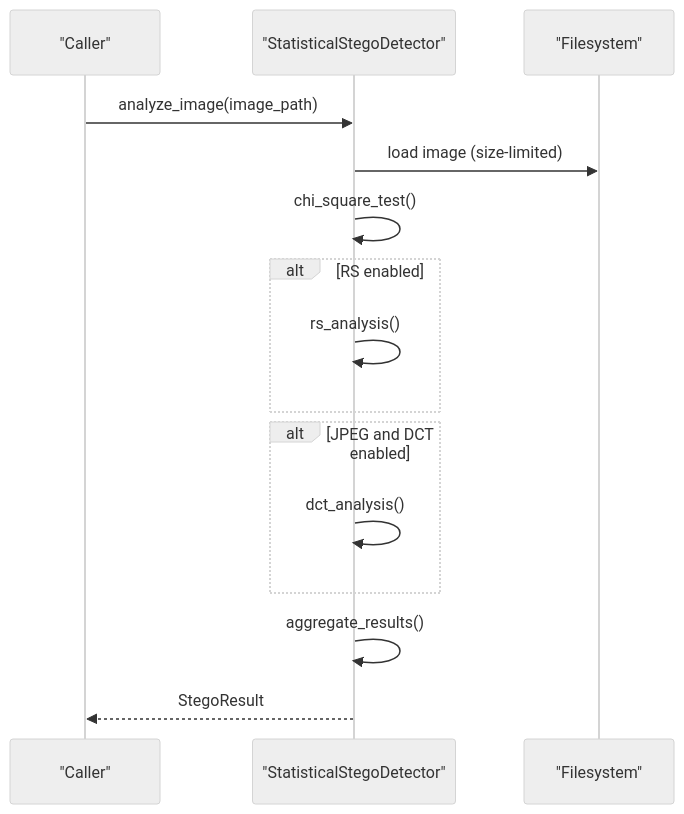
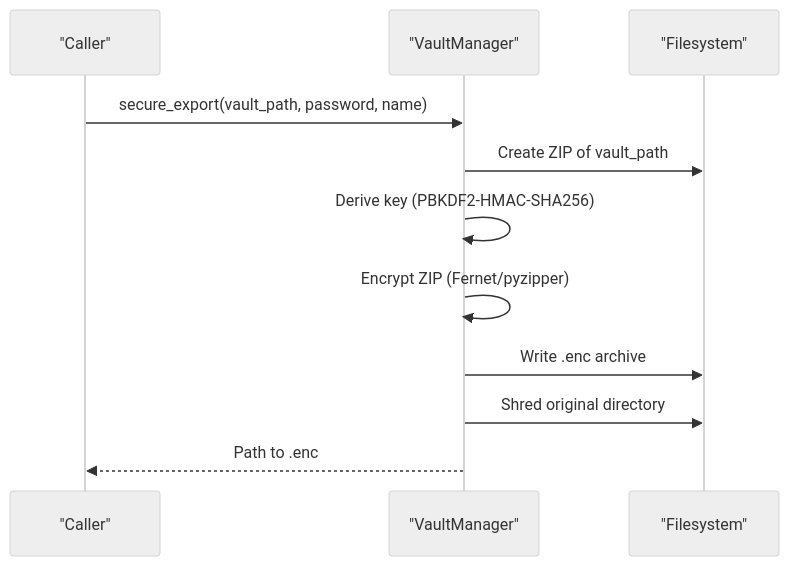
The fourth of 14 diagrams in .qoder/repowiki/en/content/Security and Privacy/Security and Privacy.md (Hamulda/hledac-universal), drawn with Mermaid (neutral theme) before and after one commit. The commit also changed other lines of this file and 236 other files, not shown here.

````diff
--- a/.qoder/repowiki/en/content/Security and Privacy/Security and Privacy.md
+++ b/.qoder/repowiki/en/content/Security and Privacy/Security and Privacy.md
@@ -257,17 +203,13 @@
 ```mermaid
 sequenceDiagram
-participant Client as "Caller"
-participant SD as "StatisticalStegoDetector"
+participant Caller as "Caller"
+participant VM as "VaultManager"
 participant FS as "Filesystem"
-Client->>SD : analyze_image(image_path)
-SD->>FS : load image (size-limited)
-SD->>SD : chi_square_test()
-alt RS enabled
-SD->>SD : rs_analysis()
-end
-alt JPEG and DCT enabled
-SD->>SD : dct_analysis()
-end
-SD->>SD : aggregate_results()
-SD-->>Client : StegoResult
+Caller->>VM : secure_export(vault_path, password, name)
+VM->>FS : Create ZIP of vault_path
+VM->>VM : Derive key (PBKDF2-HMAC-SHA256)
+VM->>VM : Encrypt ZIP (Fernet/pyzipper)
+VM->>FS : Write .enc archive
+VM->>FS : Shred original directory
+VM-->>Caller : Path to .enc
 ```
````
